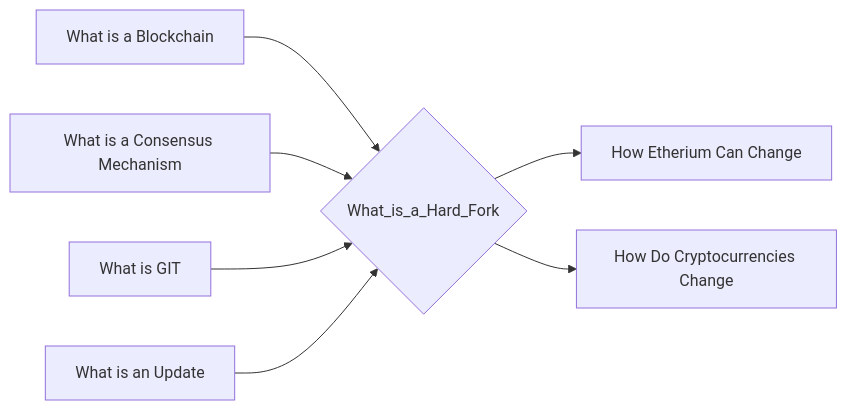
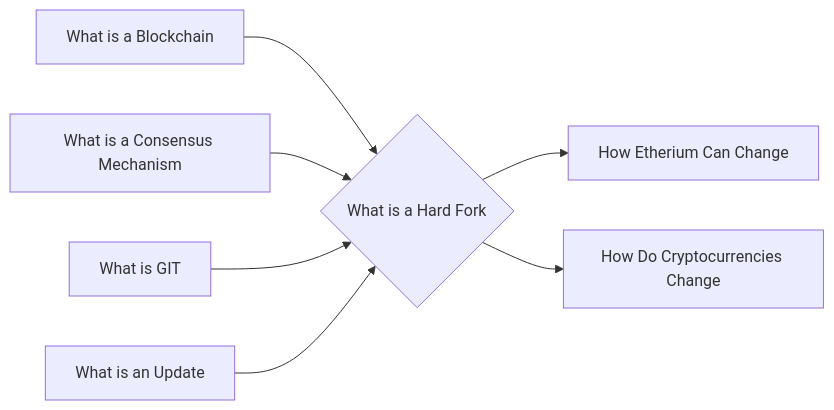
Before and after one commit to lpurdy01/crypto-knowledge-map: the diagram in notes/What_is_a_Hard_Fork.md, drawn with Mermaid. The commit also changed 58 other files, not shown here.

````diff
--- a/notes/What_is_a_Hard_Fork.md
+++ b/notes/What_is_a_Hard_Fork.md
@@ -15,9 +15,9 @@
 ```mermaid
 graph LR
-1["What is a Blockchain"]-->0{"What_is_a_Hard_Fork"}
-2["What is a Consensus Mechanism"]-->0{"What_is_a_Hard_Fork"}
-3["What is GIT"]-->0{"What_is_a_Hard_Fork"}
-4["What is an Update"]-->0{"What_is_a_Hard_Fork"}
-0{"What_is_a_Hard_Fork"}-->5["How Etherium Can Change"]
-0{"What_is_a_Hard_Fork"}-->6["How Do Cryptocurrencies Change"]
+1["What is a Blockchain"]-->0{"What is a Hard Fork"}
+2["What is a Consensus Mechanism"]-->0{"What is a Hard Fork"}
+3["What is GIT"]-->0{"What is a Hard Fork"}
+4["What is an Update"]-->0{"What is a Hard Fork"}
+0{"What is a Hard Fork"}-->5["How Etherium Can Change"]
+0{"What is a Hard Fork"}-->6["How Do Cryptocurrencies Change"]
 ```
````
